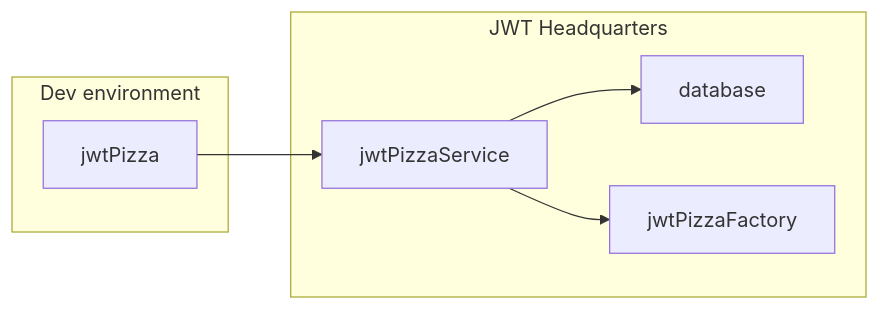
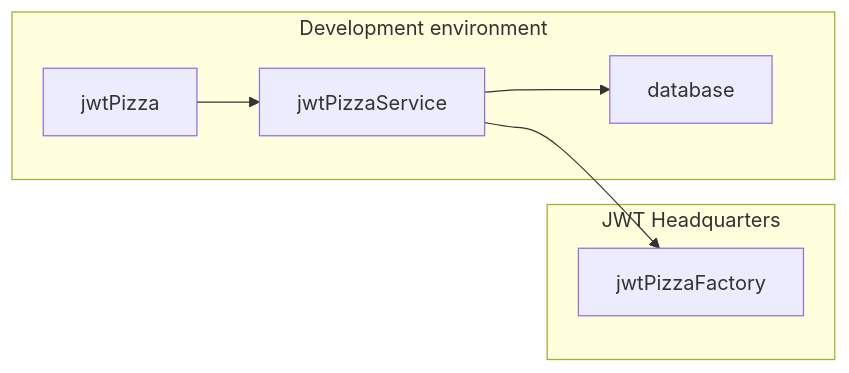
The first of 2 diagrams in instruction/jwtPizzaClient/jwtPizzaClient.md (devops329/devops), drawn with Mermaid before and after one commit. The commit also changed other lines of this file and 3 other files, not shown here.

````diff
--- a/instruction/jwtPizzaClient/jwtPizzaClient.md
+++ b/instruction/jwtPizzaClient/jwtPizzaClient.md
@@ -17,11 +17,10 @@
 ```mermaid
 graph LR;
-    subgraph  Dev environment
-    jwtPizza
+    subgraph  Development environment
+    jwtPizza-->jwtPizzaService
+    jwtPizzaService-->database
     end
     subgraph JWT Headquarters
-    jwtPizza-->jwtPizzaService
-    jwtPizzaService-->database
     jwtPizzaService-->jwtPizzaFactory
     end
 ```
````
